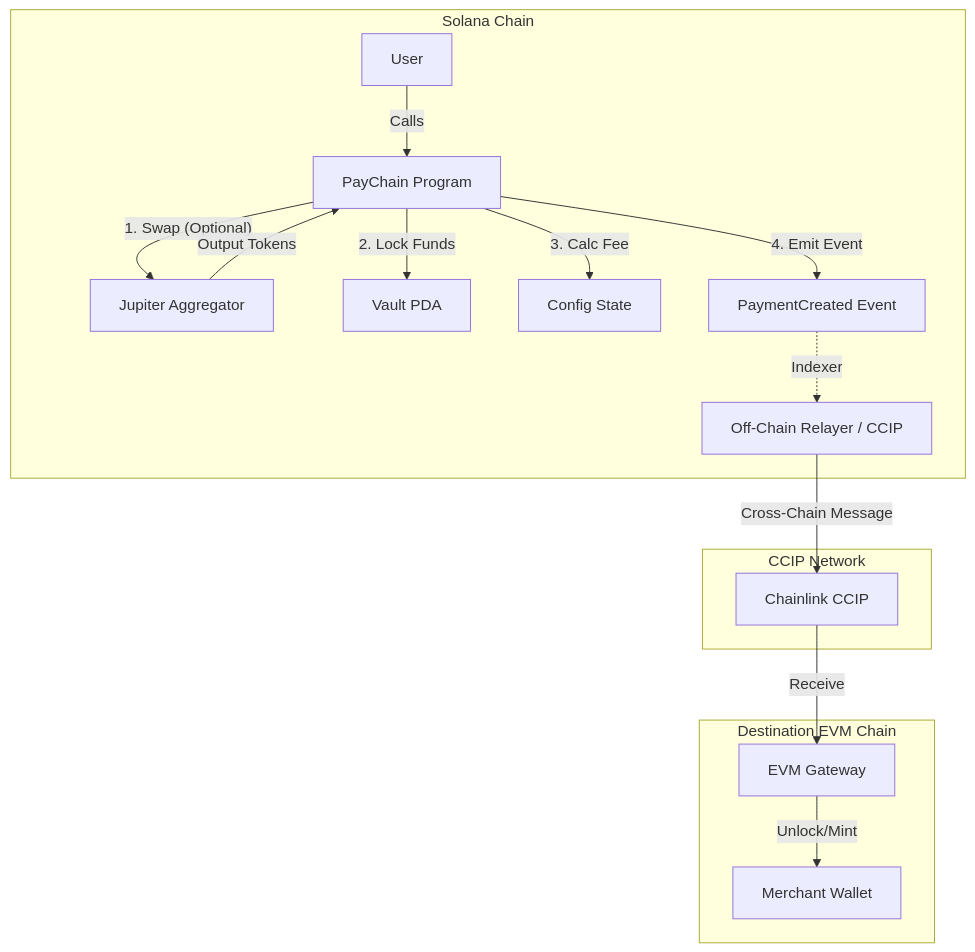
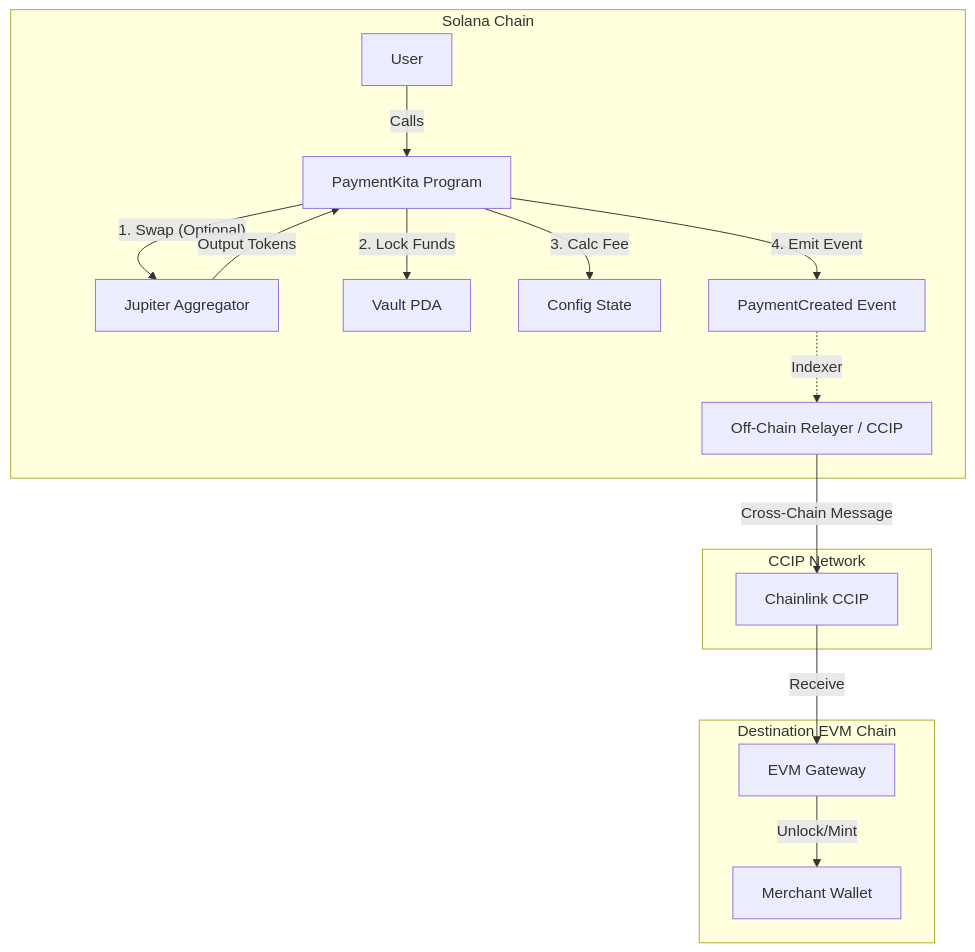
One commit to Pay-Chain/pay-chain.svm.smartcontract changed the second of 3 diagrams in README.md. Above: the diagram before and after it, drawn with Mermaid. The commit also changed other lines of this file and 19 other files, not shown here.

````diff
--- a/README.md
+++ b/README.md
@@ -63,25 +63,25 @@
 ```mermaid
 flowchart TD
     subgraph Solana [Solana Chain]
-        S_User[User] -->|Calls| S_Program[PayChain Program]
+        S_User[User] -->|Calls| S_Program[PaymentKita Program]
         
         S_Program -->|"1. Swap (Optional)"| S_Jup["Jupiter Aggregator"]
         S_Jup -->|"Output Tokens"| S_Program
         
         S_Program -->|"2. Lock Funds"| S_Vault["Vault PDA"]
         S_Program -->|"3. Calc Fee"| S_Config["Config State"]
         
         S_Program -->|"4. Emit Event"| S_Event["PaymentCreated Event"]
         
         S_Event -.->|Indexer| S_Relayer["Off-Chain Relayer / CCIP"]
     end
 
     subgraph Bridge [CCIP Network]
         S_Relayer -->|"Cross-Chain Message"| B_Network["Chainlink CCIP"]
     end
 
     subgraph EVM [Destination EVM Chain]
         B_Network -->|Receive| D_Gateway["EVM Gateway"]
         D_Gateway -->|"Unlock/Mint"| D_Receiver["Merchant Wallet"]
     end
 ```
````
